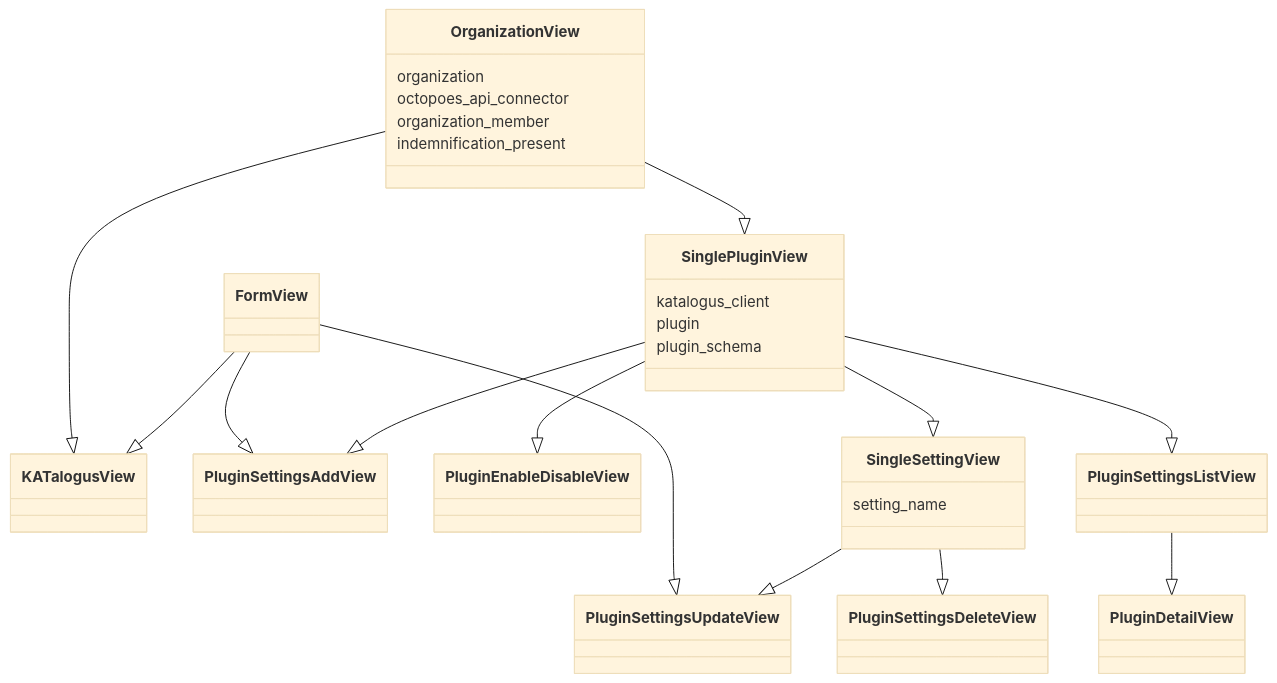
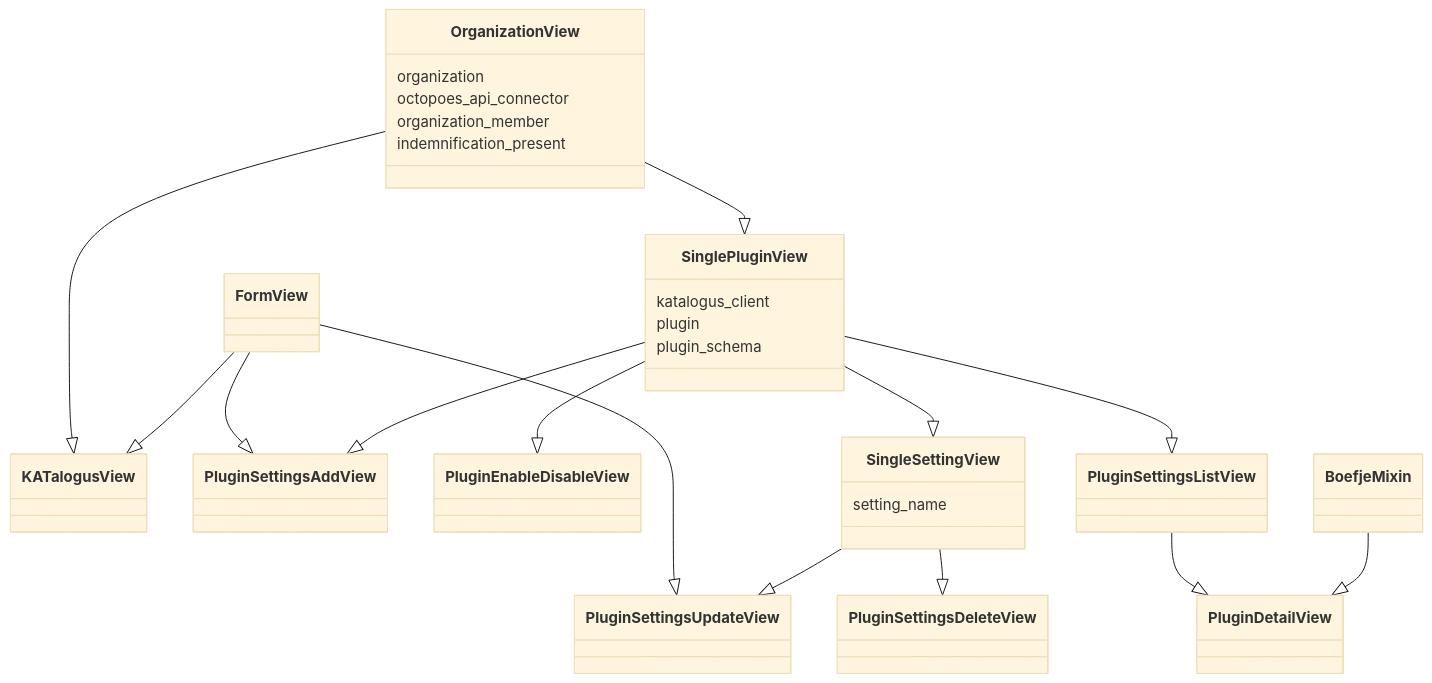
One commit to minvws/nl-kat-coordination changed the fourth of 4 diagrams in rocky/Readme.md. Above: the diagram before and after it, drawn with Mermaid. The commit also changed other lines of this file and 13 other files, not shown here.

Commit message:
Added an OctopoesView structure diagram and fixed all cleanup possibilities that turned up from creating the diagram.

````diff
--- a/rocky/Readme.md
+++ b/rocky/Readme.md
@@ -100,42 +200,43 @@
 ```mermaid
 %%{ init : {"theme" : "base"}}%%
 
 classDiagram
 direction BT
     class FormView
     class OrganizationView
     class SinglePluginView
     class KATalogusView
     class PluginSettingsAddView
     class PluginEnableDisableView
     class SingleSettingView
     class PluginSettingsListView
 
     OrganizationView : organization
     OrganizationView : octopoes_api_connector
     OrganizationView : organization_member
     OrganizationView : indemnification_present
 
     SinglePluginView : katalogus_client
     SinglePluginView : plugin
     SinglePluginView : plugin_schema
 
     SingleSettingView : setting_name
 
     class PluginSettingsUpdateView
     class PluginSettingsDeleteView
     class PluginDetailView
 
     KATalogusView  <|--  OrganizationView
     KATalogusView  <|--  FormView
     SinglePluginView  <|--  OrganizationView
     SingleSettingView  <|--  SinglePluginView
     PluginDetailView  <|--  PluginSettingsListView
+    PluginDetailView  <|--  BoefjeMixin
     PluginEnableDisableView  <|--  SinglePluginView
     PluginSettingsAddView  <|--  FormView
     PluginSettingsAddView  <|--  SinglePluginView
     PluginSettingsDeleteView  <|--  SingleSettingView
     PluginSettingsUpdateView  <|--  FormView
     PluginSettingsUpdateView  <|--  SingleSettingView
     PluginSettingsListView  <|--  SinglePluginView
 ```
````
